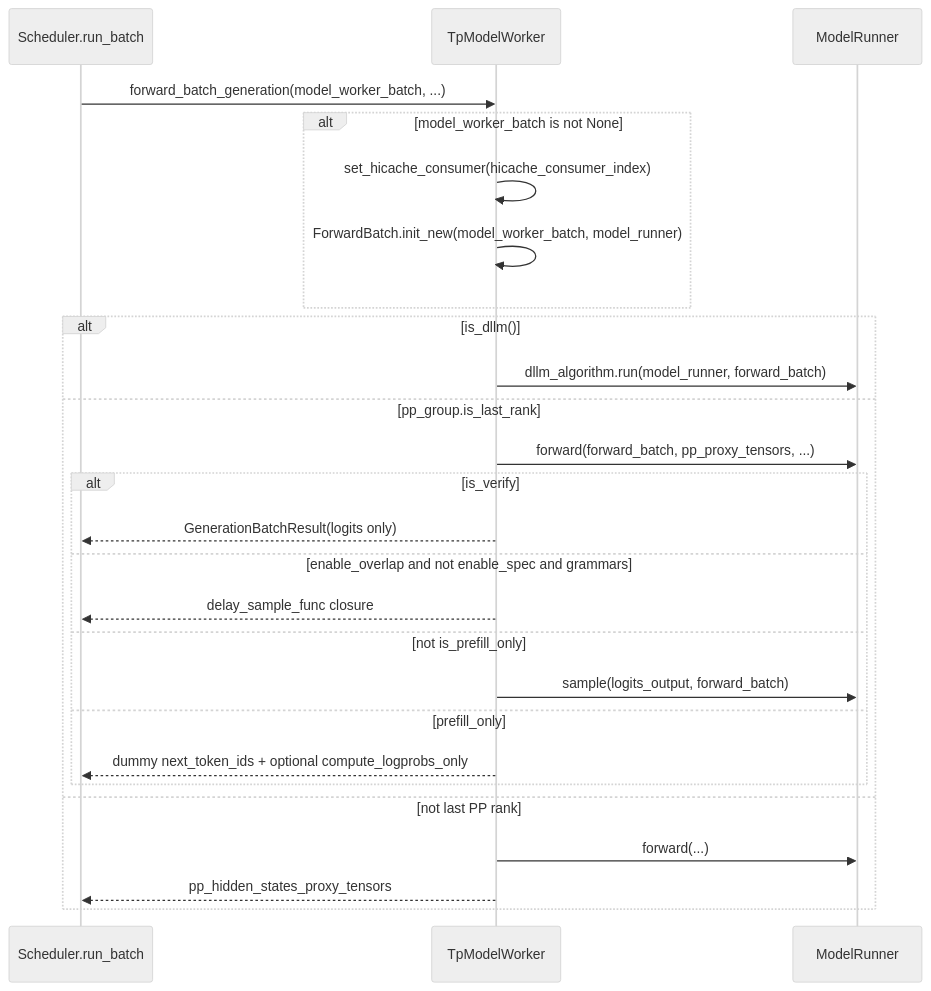
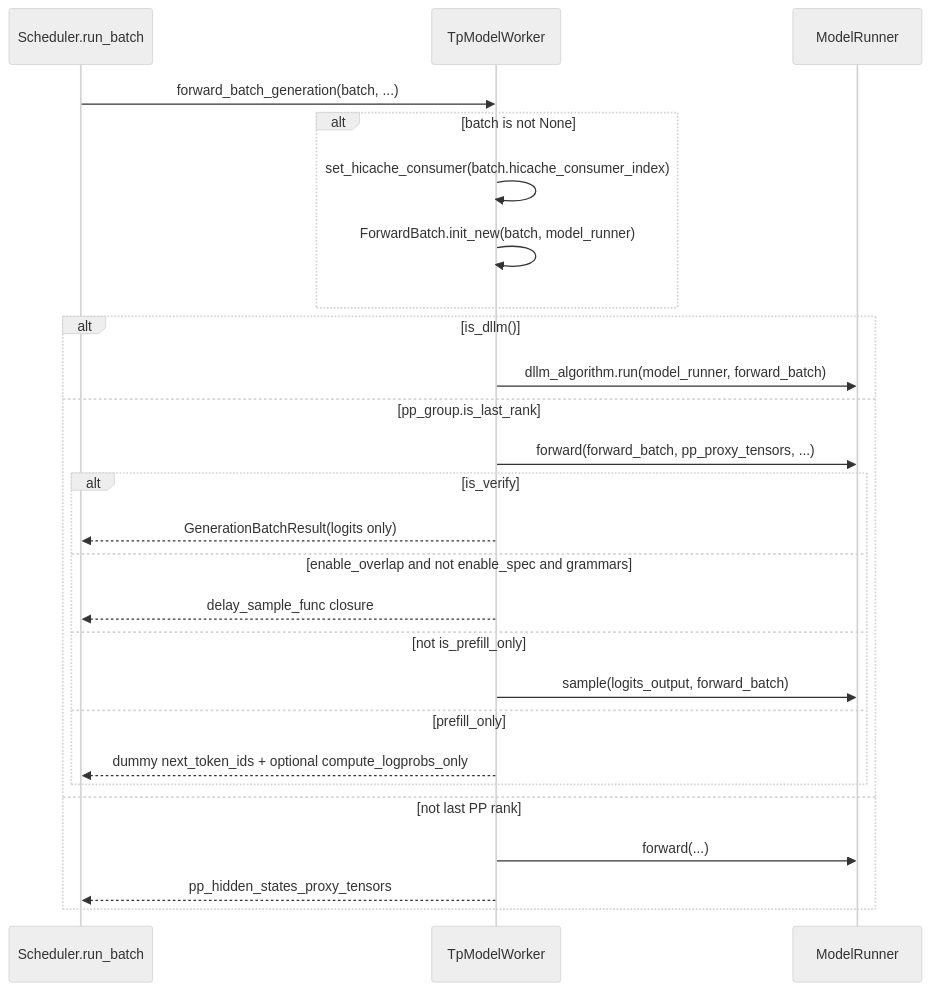
The second of 2 diagrams in sglang/entities/TpModelWorker.md (learning-sketch/wiki), drawn with Mermaid (neutral theme) before and after one commit. The commit also changed other lines of this file and 5 other files, not shown here.

````diff
--- a/sglang/entities/TpModelWorker.md
+++ b/sglang/entities/TpModelWorker.md
@@ -98,28 +105,28 @@
 ```mermaid
 sequenceDiagram
     participant Sched as Scheduler.run_batch
     participant Tp as TpModelWorker
     participant MR as ModelRunner
-    Sched->>Tp: forward_batch_generation(model_worker_batch, ...)
-    alt model_worker_batch is not None
-        Tp->>Tp: set_hicache_consumer(hicache_consumer_index)
-        Tp->>Tp: ForwardBatch.init_new(model_worker_batch, model_runner)
+    Sched->>Tp: forward_batch_generation(batch, ...)
+    alt batch is not None
+        Tp->>Tp: set_hicache_consumer(batch.hicache_consumer_index)
+        Tp->>Tp: ForwardBatch.init_new(batch, model_runner)
     end
     alt is_dllm()
         Tp->>MR: dllm_algorithm.run(model_runner, forward_batch)
     else pp_group.is_last_rank
         Tp->>MR: forward(forward_batch, pp_proxy_tensors, ...)
         alt is_verify
             Tp-->>Sched: GenerationBatchResult(logits only)
         else enable_overlap and not enable_spec and grammars
             Tp-->>Sched: delay_sample_func closure
         else not is_prefill_only
             Tp->>MR: sample(logits_output, forward_batch)
         else prefill_only
             Tp-->>Sched: dummy next_token_ids + optional compute_logprobs_only
         end
     else not last PP rank
         Tp->>MR: forward(...)
         Tp-->>Sched: pp_hidden_states_proxy_tensors
     end
 ```
````
